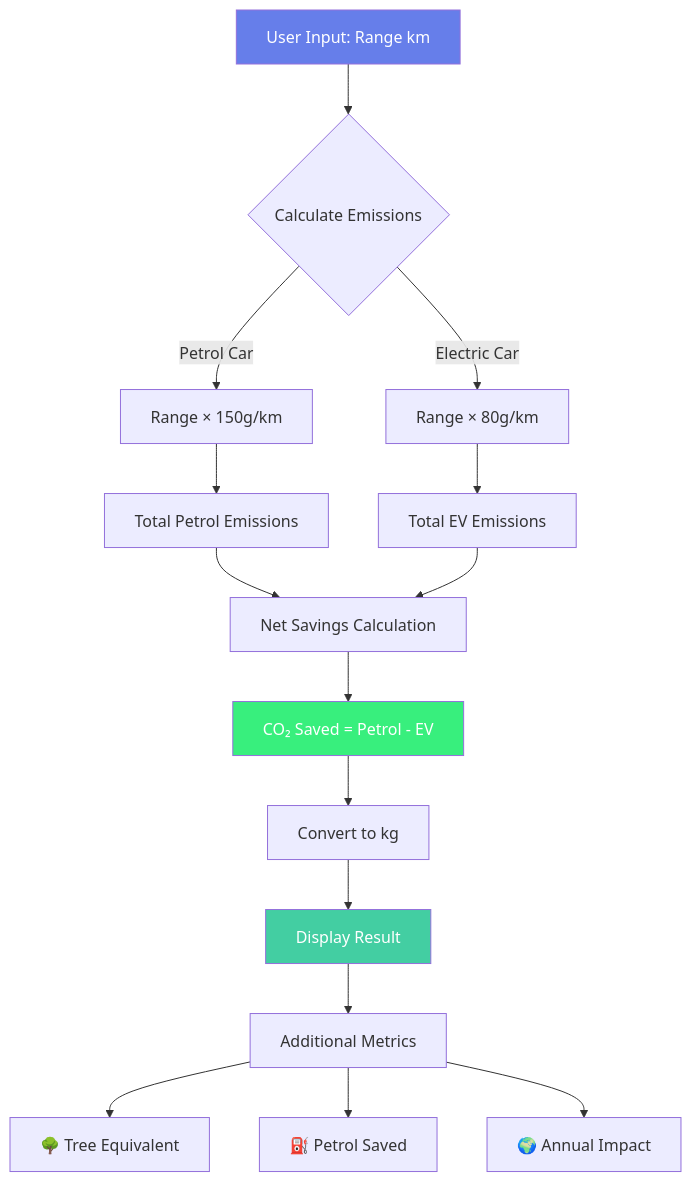
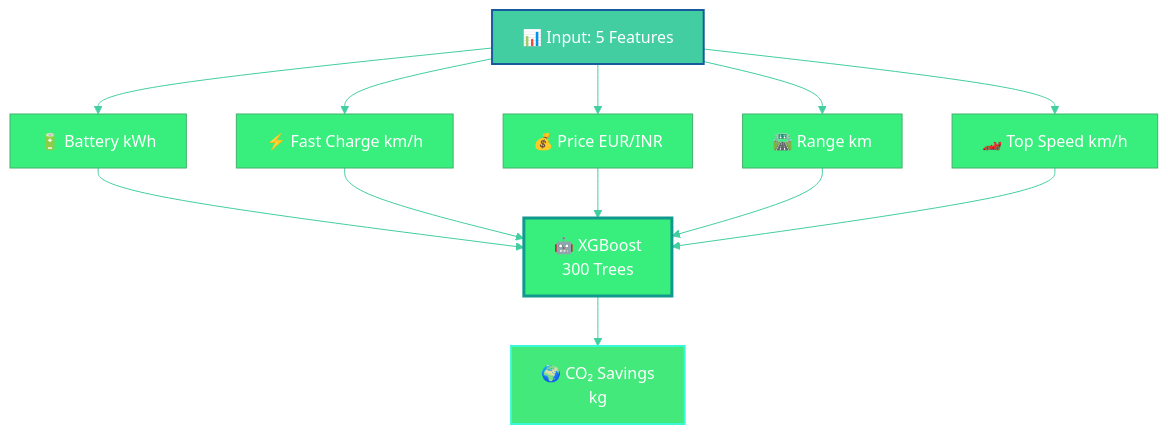
One commit to Itsshraddha/EVerGreen changed the fifth of 6 diagrams in README.md. Above: the diagram before and after it, drawn with Mermaid. The commit also changed other lines of this file, not shown here.

````diff
--- a/README.md
+++ b/README.md
@@ -1350,25 +542,21 @@
 ```mermaid
+%%{init: {'theme':'base', 'themeVariables': { 'primaryColor':'#38ef7d','primaryTextColor':'#fff','lineColor':'#43cea2'}}}%%
 flowchart TD
-    A[User Input: Range km] --> B{Calculate Emissions}
-    B -->|Petrol Car| C[Range × 150g/km]
-    B -->|Electric Car| D[Range × 80g/km]
+    A[📊 Input: 5 Features] --> B[🔋 Battery kWh]
+    A --> C[⚡ Fast Charge km/h]
+    A --> D[💰 Price EUR/INR]
+    A --> E[🛣️ Range km]
+    A --> F[🏎️ Top Speed km/h]
     
-    C --> E[Total Petrol Emissions]
-    D --> F[Total EV Emissions]
-    
-    E --> G[Net Savings Calculation]
+    B --> G[🤖 XGBoost<br/>300 Trees]
+    C --> G
+    D --> G
+    E --> G
     F --> G
     
-    G --> H[CO₂ Saved = Petrol - EV]
-    H --> I[Convert to kg]
-    I --> J[Display Result]
+    G --> H[🌍 CO₂ Savings<br/>kg]
     
-    J --> K[Additional Metrics]
-    K --> L[🌳 Tree Equivalent]
-    K --> M[⛽ Petrol Saved]
-    K --> N[🌍 Annual Impact]
-    
-    style A fill:#667eea,color:#fff
-    style H fill:#38ef7d,color:#fff
-    style J fill:#43cea2,color:#fff
+    style A fill:#43cea2,stroke:#185a9d,stroke-width:2px,color:#fff
+    style G fill:#38ef7d,stroke:#11998e,stroke-width:3px,color:#fff
+    style H fill:#43e97b,stroke:#38f9d7,stroke-width:2px,color:#fff
 ```
````
